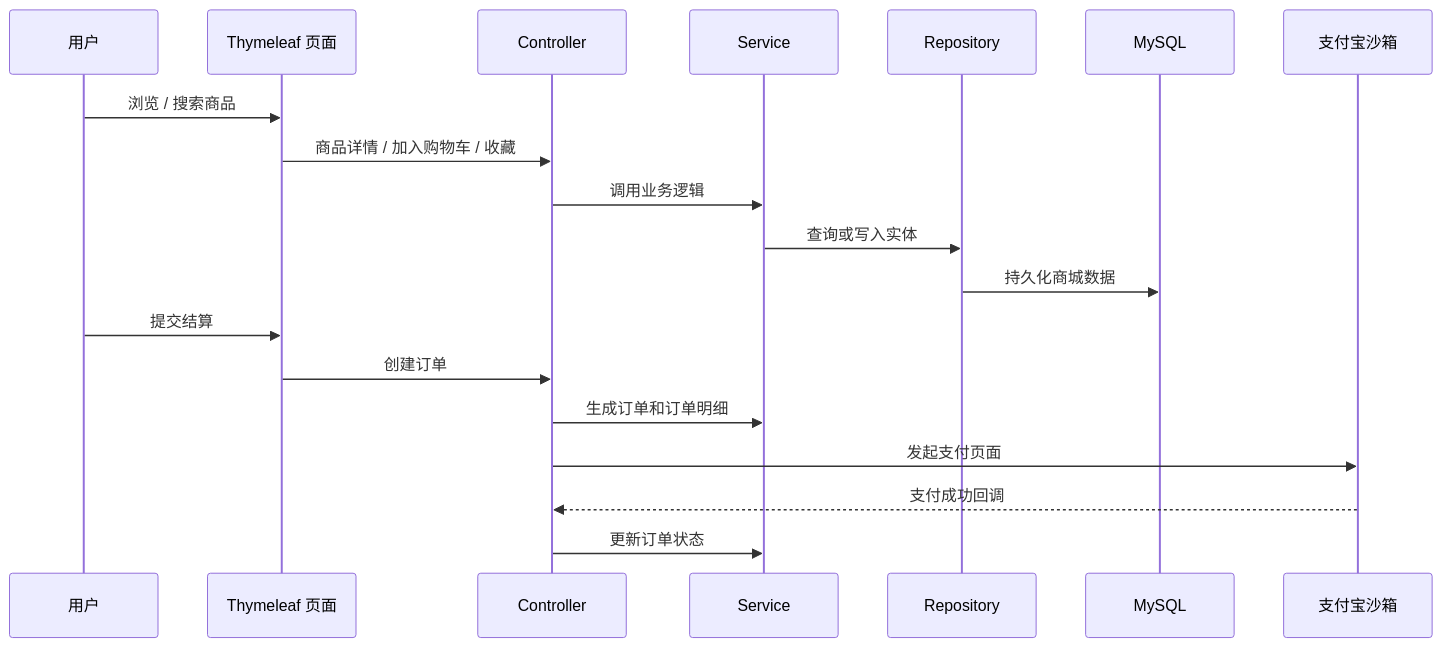
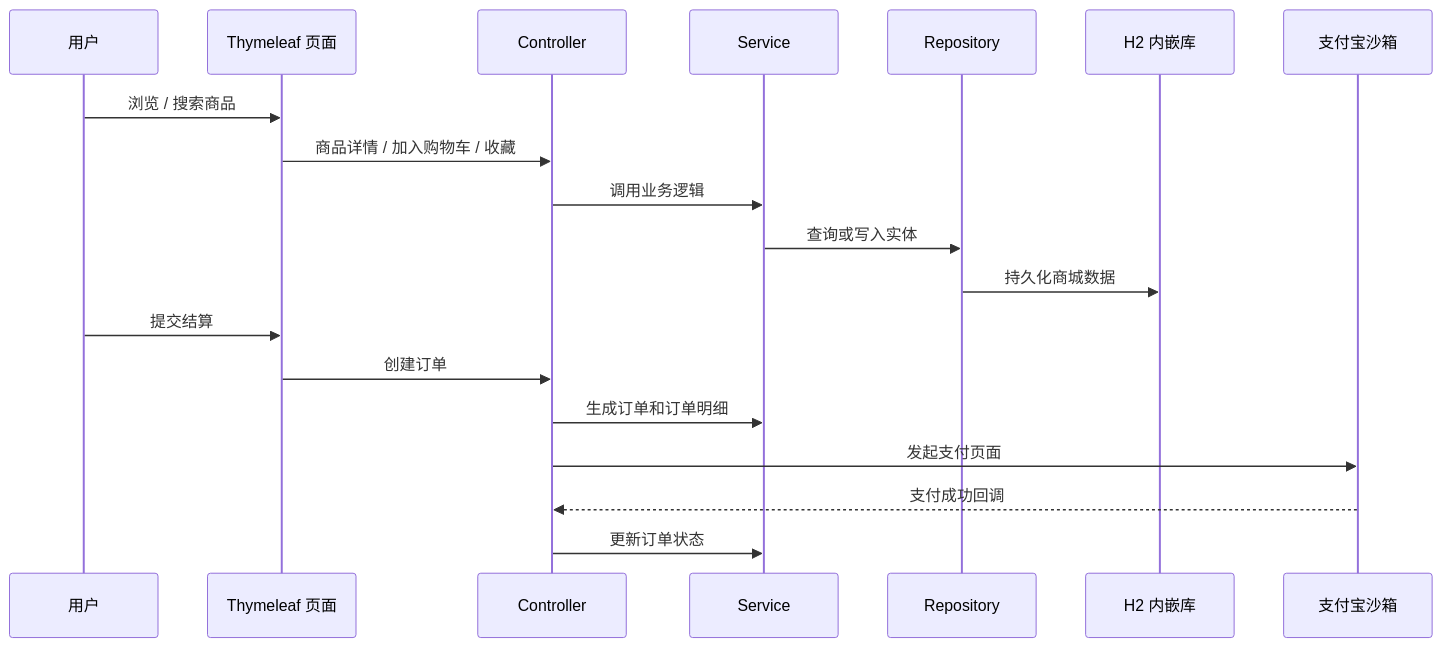
One commit to White-147/ShopRecommendation changed the second of 2 diagrams in README.md. Above: the diagram before and after it, drawn with Mermaid. The commit also changed other lines of this file and 23 other files, not shown here.

Commit message:
fix: 商品图片路径统一为 /images/shops/（data.sql 加前缀，模板去掉双重前缀）；README 更新为 H2 内嵌库与 460 商品描述

````diff
--- a/README.md
+++ b/README.md
@@ -114,22 +114,22 @@
 ```mermaid
 sequenceDiagram
     participant U as 用户
     participant P as Thymeleaf 页面
     participant C as Controller
     participant S as Service
     participant D as Repository
-    participant M as MySQL
+    participant M as H2 内嵌库
     participant A as 支付宝沙箱
 
     U->>P: 浏览 / 搜索商品
     P->>C: 商品详情 / 加入购物车 / 收藏
     C->>S: 调用业务逻辑
     S->>D: 查询或写入实体
     D->>M: 持久化商城数据
     U->>P: 提交结算
     P->>C: 创建订单
     C->>S: 生成订单和订单明细
     C->>A: 发起支付页面
     A-->>C: 支付成功回调
     C->>S: 更新订单状态
 ```
````
